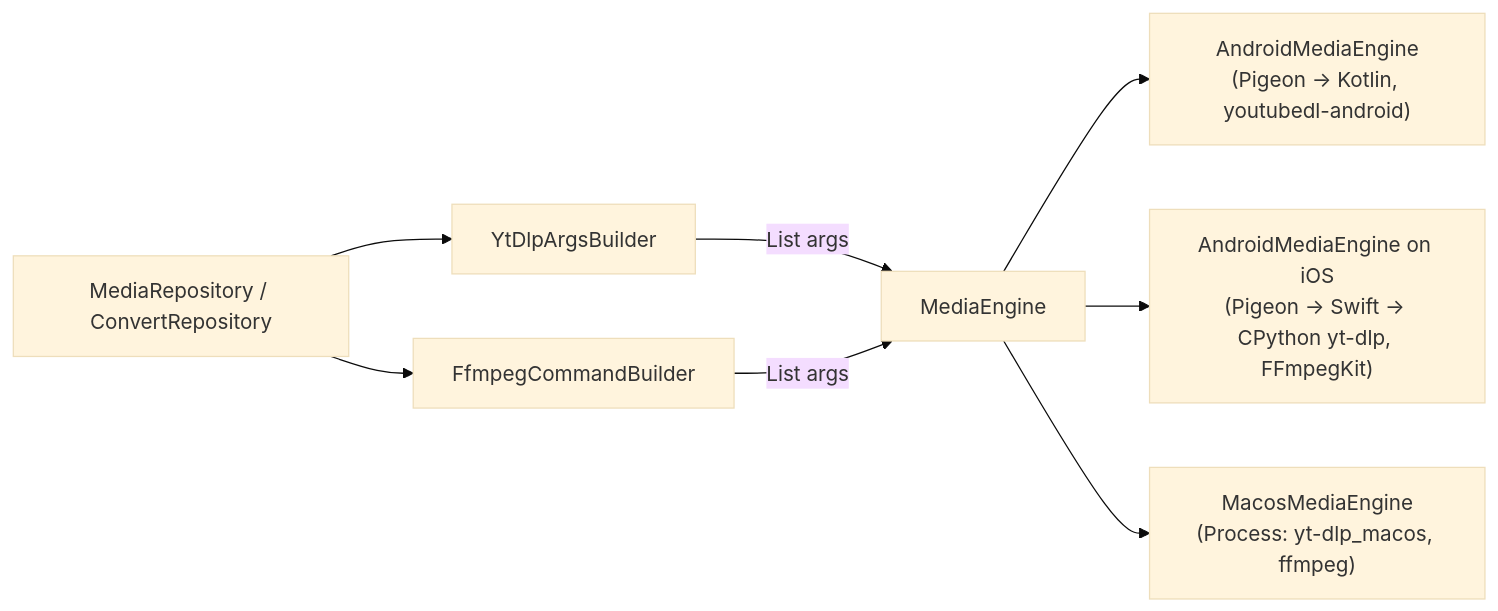
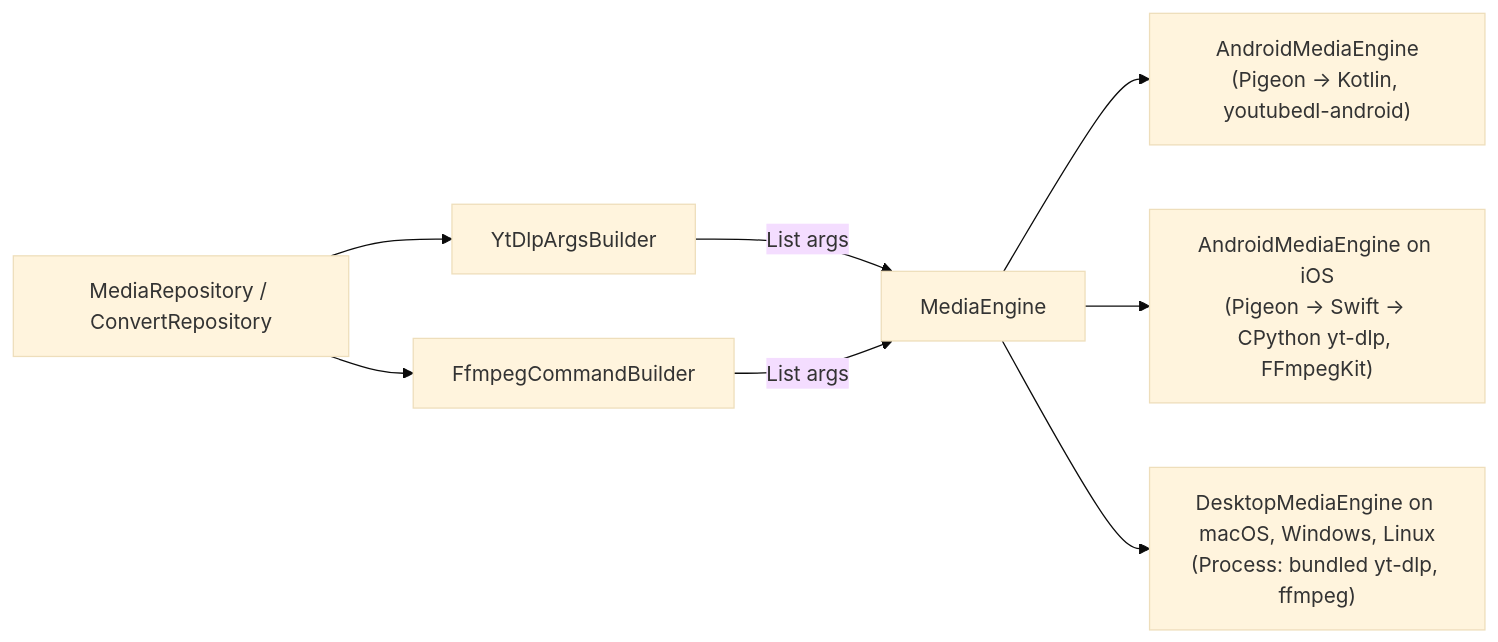
Before and after one commit to gaurishankar007/Flutter-Media-Downloader: the diagram in docs/engine/media_engine.md, drawn with Mermaid (base theme). The commit also changed other lines of this file and 18 other files, not shown here.

Commit message:
docs: Windows and Linux support.

````diff
--- a/docs/engine/media_engine.md
+++ b/docs/engine/media_engine.md
@@ -42,9 +42,9 @@
 ```mermaid
 flowchart LR
     R["MediaRepository / ConvertRepository"] --> B1["YtDlpArgsBuilder"]
     R --> B2["FfmpegCommandBuilder"]
     B1 & B2 -- "List<String> args" --> E["MediaEngine"]
     E --> A["AndroidMediaEngine<br/>(Pigeon → Kotlin, youtubedl-android)"]
     E --> I["AndroidMediaEngine on iOS<br/>(Pigeon → Swift → CPython yt-dlp, FFmpegKit)"]
-    E --> M["MacosMediaEngine<br/>(Process: yt-dlp_macos, ffmpeg)"]
+    E --> M["DesktopMediaEngine on macOS, Windows, Linux<br/>(Process: bundled yt-dlp, ffmpeg)"]
 ```
````
